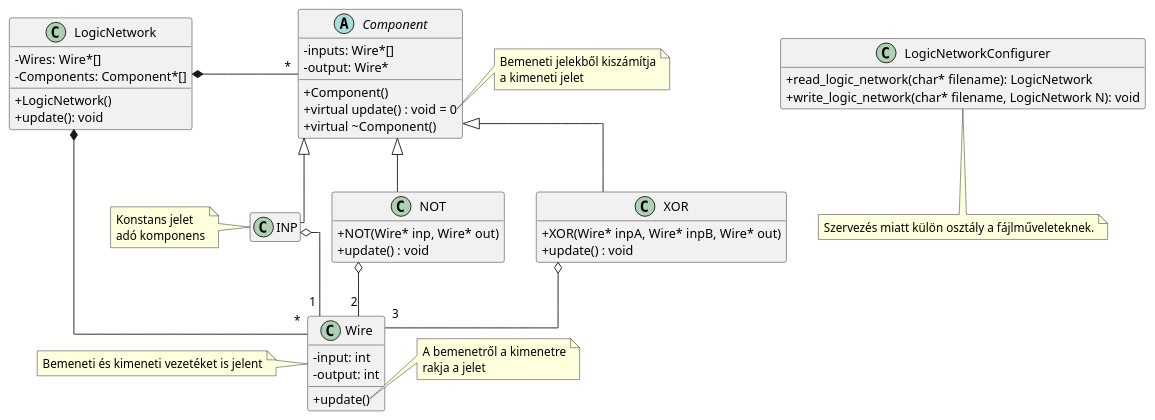
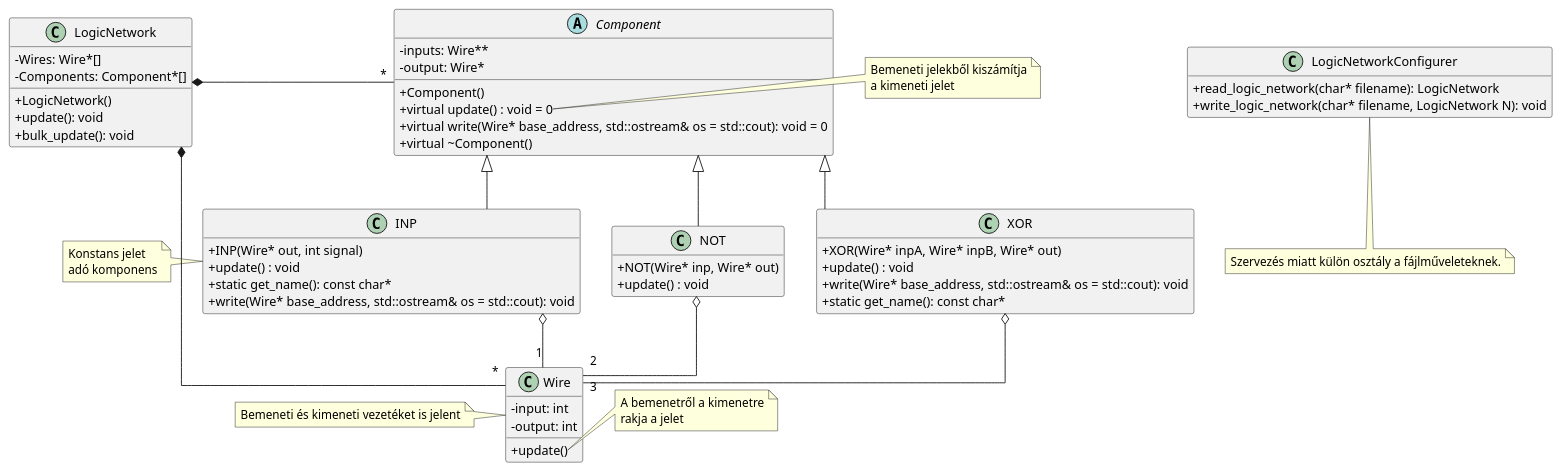
One commit to Andros383/nagyHF2 changed the diagram in UML/terv.wsd. Above: the diagram before and after it, drawn with PlantUML. The commit also changed 456 other files, not shown here.

Commit message:
UML hiányzik csak

```diff
--- a/UML/terv.wsd
+++ b/UML/terv.wsd
@@ -1,86 +1,95 @@
 @startuml terv
 skinparam ClassAttributeIconSize 0
 skinparam linetype ortho
 hide empty members
 skinparam groupInheritance 1
 
 class LogicNetworkConfigurer{
 	+ read_logic_network(char* filename): LogicNetwork
 	+ write_logic_network(char* filename, LogicNetwork N): void
 }
 
 note "Szervezés miatt külön osztály a fájlműveleteknek." as N1
 N1 -u- LogicNetworkConfigurer
 
 class LogicNetwork{
 	- Wires: Wire*[]
 	- Components: Component*[]
 	+LogicNetwork()
-	+update(): void	
+	+update(): void
+	+bulk_update(): void
 }
 
 note left of LogicNetwork::"configure(char* filename): void"
 	Eddig állapotát törölve
 	szöveges fájlból felépít
 	egy új hálózatot.
 end note
 
 LogicNetwork *-r- "*" Wire
 LogicNetwork *-r- "*" Component
 
 class Wire{ 
 	- input: int
 	- output: int
 	+ update()
 }
 
 note right of Wire::update()
 	A bemenetről a kimenetre
 	rakja a jelet
 end note
 
 abstract class Component{
-
-	- inputs: Wire*[]
+	- inputs: Wire**
 	- output: Wire*
 	+ Component()
 	+ virtual update() : void = 0
+	+ virtual write(Wire* base_address, std::ostream& os = std::cout): void = 0
 	+ virtual ~Component()
 }
 note right of Component::update()
 	Bemeneti jelekből kiszámítja
 	a kimeneti jelet
 end note
 
 ' Component o--u "1" Wire
 
 class XOR{
 	+XOR(Wire* inpA, Wire* inpB, Wire* out)
 	+ update() : void
+	+ write(Wire* base_address, std::ostream& os = std::cout): void
+	+ static get_name(): const char*
 }
 class NOT{
 	+NOT(Wire* inp, Wire* out)
 	+ update() : void
+}
+class INP{
+	+ INP(Wire* out, int signal)
+	+ update() : void
+	+ static get_name(): const char*
+	+ write(Wire* base_address, std::ostream& os = std::cout): void
 }
 
 XOR --u|> Component
 NOT --u|> Component
 INP --u|> Component
 
 note left of INP
 	Konstans jelet
 	adó komponens
 end note
 
 ' class "Wire" as XORinp
 ' class "Wire" as NOTinp
 
 note left of Wire{
 	Bemeneti és kimeneti vezetéket is jelent
 }
 
 Wire "1" --uo INP
 Wire "3" --uo XOR
 Wire "2 " --uo NOT
 
 @enduml
```
